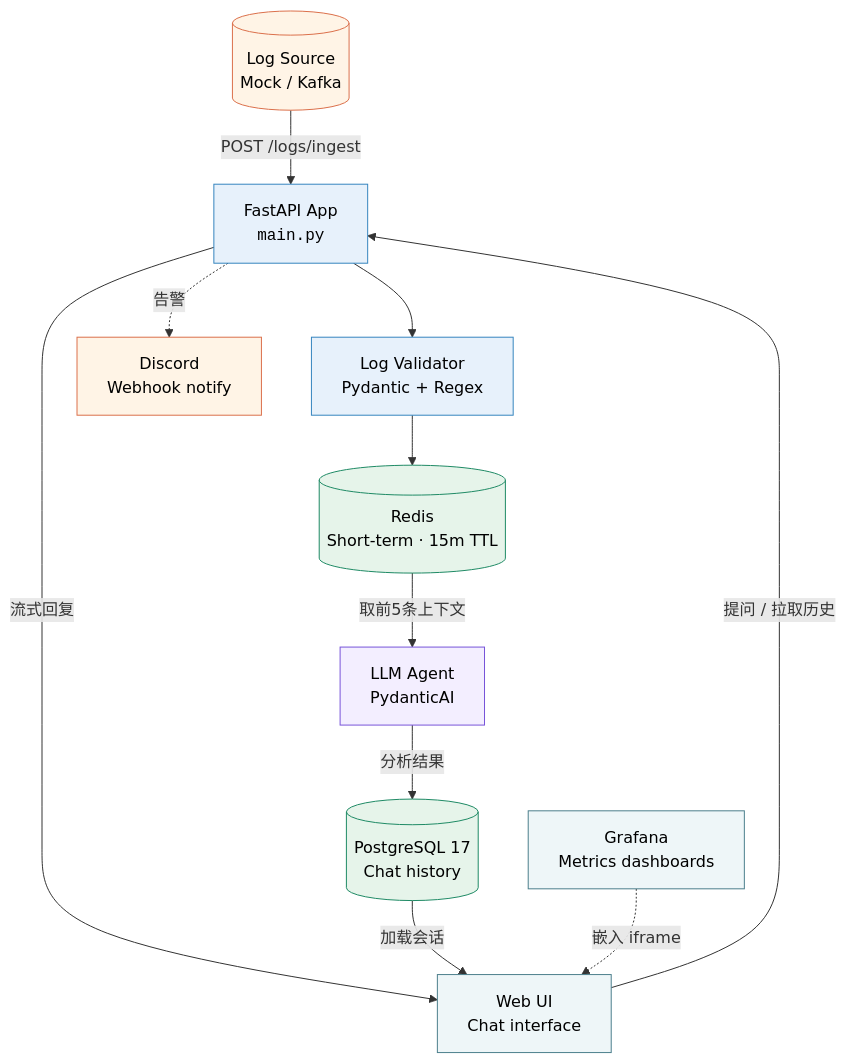
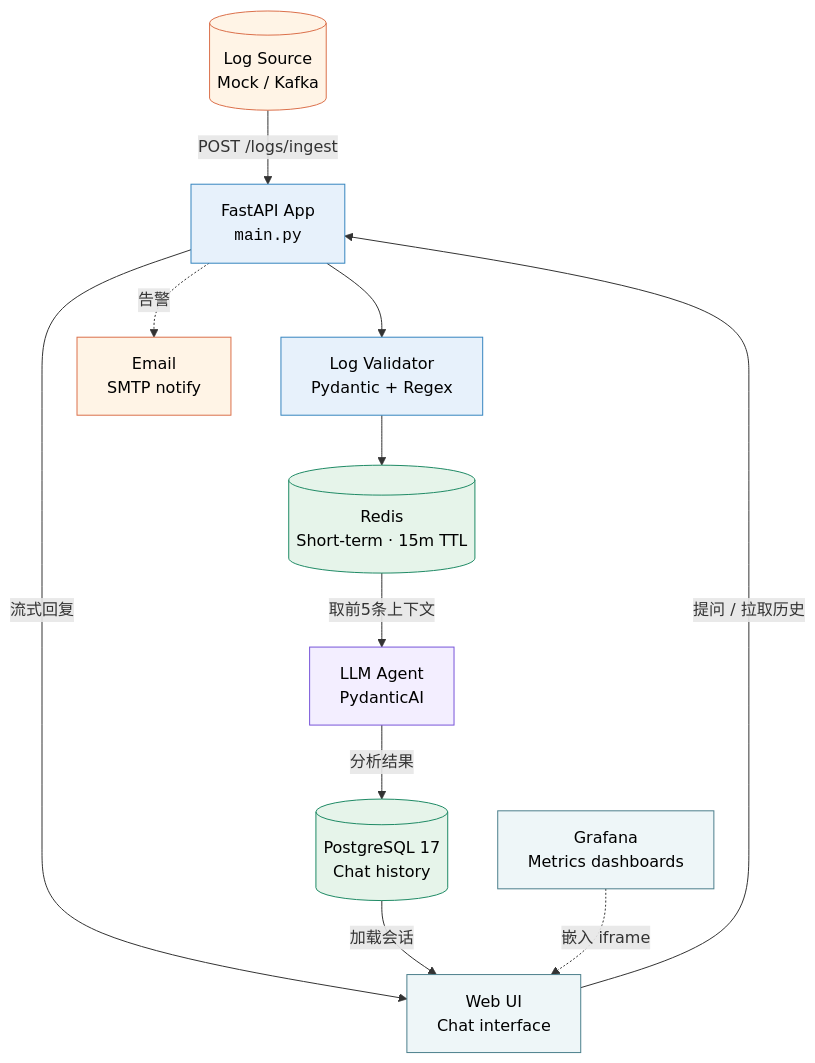
The first of 5 diagrams in BUSINESS_LOGIC.md (fanqingsong/AI_Agent-Log_Analyzer), drawn with Mermaid before and after one commit. The commit also changed other lines of this file and 12 other files, not shown here.

First line of the commit message:
Switch alert channel from Discord webhook to SMTP email

````diff
--- a/BUSINESS_LOGIC.md
+++ b/BUSINESS_LOGIC.md
@@ -23,30 +23,30 @@
 ```mermaid
 graph TD
     %% 样式定义
     classDef external fill:#fff4e6,stroke:#db704b,color:#000
     classDef service  fill:#e7f1fb,stroke:#3685bf,color:#000
     classDef db       fill:#e6f4ea,stroke:#1f8a65,color:#000
     classDef llm      fill:#f3eeff,stroke:#7754d9,color:#000
     classDef ui       fill:#eef6f8,stroke:#4c7f8c,color:#000
 
     Log[("Log Source<br/>Mock / Kafka")]:::external
     API["FastAPI App<br/><code>main.py</code>"]:::service
     VAL["Log Validator<br/>Pydantic + Regex"]:::service
     REDIS[("Redis<br/>Short-term · 15m TTL")]:::db
     AGENT["LLM Agent<br/>PydanticAI"]:::llm
     PG[("PostgreSQL 17<br/>Chat history")]:::db
-    DISC["Discord<br/>Webhook notify"]:::external
+    MAIL["Email<br/>SMTP notify"]:::external
     UI["Web UI<br/>Chat interface"]:::ui
     GRAF["Grafana<br/>Metrics dashboards"]:::ui
 
     Log -->|"POST /logs/ingest"| API
     API --> VAL
     VAL --> REDIS
     REDIS -->|"取前5条上下文"| AGENT
     AGENT -->|"分析结果"| PG
-    API -.->|"告警"| DISC
+    API -.->|"告警"| MAIL
     UI -->|"提问 / 拉取历史"| API
     API -->|"流式回复"| UI
     PG -->|"加载会话"| UI
     GRAF -.->|"嵌入 iframe"| UI
 ```
````
